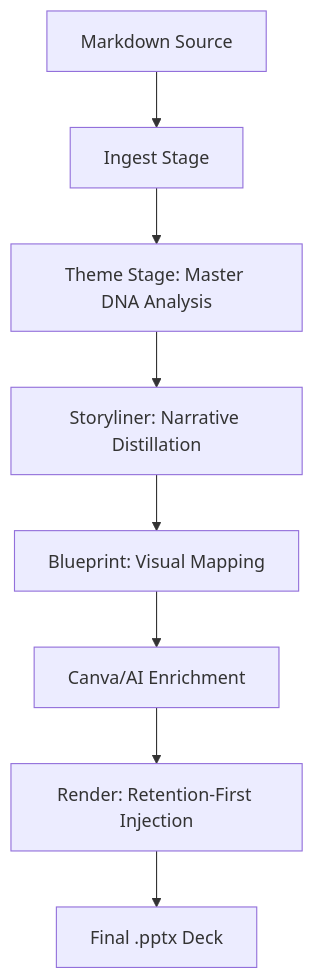
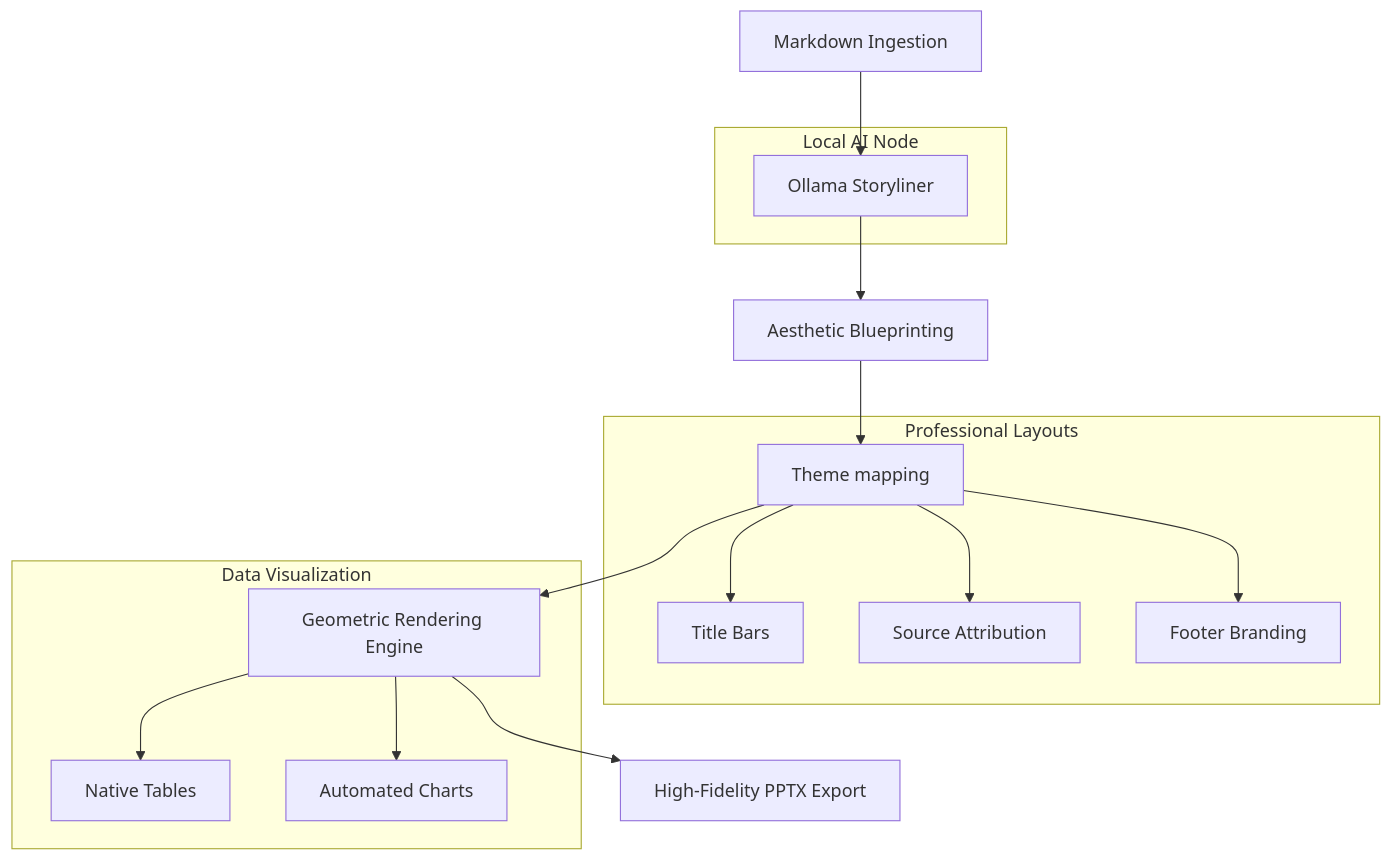
One commit to JAIKEYSINGH913/ppt-maker changed the diagram in README.md. Above: the diagram before and after it, drawn with Mermaid. The commit also changed other lines of this file and 18 other files, not shown here.

Commit message:
feat: Hardening Spectral Weaver Engine - Local AI, Native Placeholders, and High-Fidelity Rendering

````diff
--- a/README.md
+++ b/README.md
@@ -9,10 +19,23 @@
 ```mermaid
 graph TD
-    A[Markdown Source] --> B[Ingest Stage]
-    B --> C[Theme Stage: Master DNA Analysis]
-    C --> D[Storyliner: Narrative Distillation]
-    D --> E[Blueprint: Visual Mapping]
-    E --> F[Canva/AI Enrichment]
-    F --> G[Render: Retention-First Injection]
-    G --> H[Final .pptx Deck]
+    A[Markdown Ingestion] --> B[Ollama Storyliner]
+    B --> C[Aesthetic Blueprinting]
+    C --> D[Theme mapping]
+    D --> E[Geometric Rendering Engine]
+    E --> F[High-Fidelity PPTX Export]
+    
+    subgraph Local AI Node
+    B
+    end
+    
+    subgraph Professional Layouts
+    D --> D1[Title Bars]
+    D --> D2[Source Attribution]
+    D --> D3[Footer Branding]
+    end
+    
+    subgraph Data Visualization
+    E --> E1[Native Tables]
+    E --> E2[Automated Charts]
+    end
 ```
````
